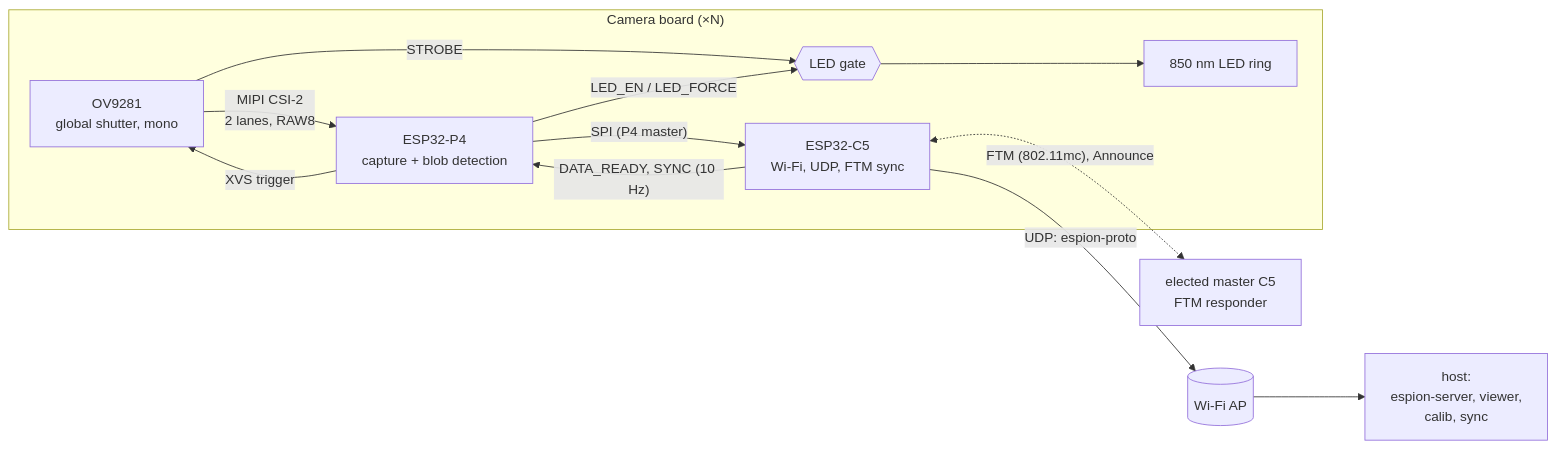
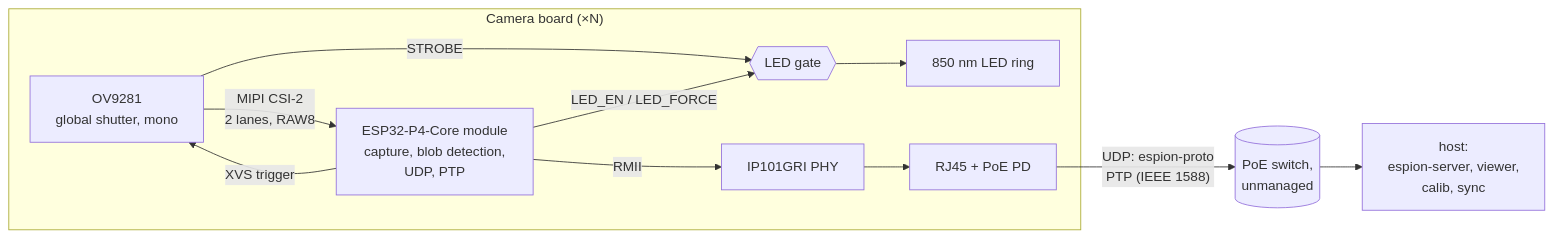
Before and after one commit to azais-corentin/espion: the first of 2 diagrams in docs/architecture.md, drawn with Mermaid. The commit also changed other lines of this file and 50 other files, not shown here.

First line of the commit message:
feat: Replaced the ESP32-C5 with Ethernet on a Waveshare ESP32-P4-Core

````diff
--- a/docs/architecture.md
+++ b/docs/architecture.md
@@ -8,15 +8,14 @@
 ```mermaid
 flowchart LR
   subgraph board["Camera board (×N)"]
-    S[OV9281<br/>global shutter, mono] -- "MIPI CSI-2<br/>2 lanes, RAW8" --> P4[ESP32-P4<br/>capture + blob detection]
+    S[OV9281<br/>global shutter, mono] -- "MIPI CSI-2<br/>2 lanes, RAW8" --> P4[ESP32-P4-Core module<br/>capture, blob detection,<br/>UDP, PTP]
     P4 -- "XVS trigger" --> S
     S -- STROBE --> G{{LED gate}}
     P4 -- "LED_EN / LED_FORCE" --> G
     G --> L[850 nm LED ring]
-    P4 -- "SPI (P4 master)" --> C5[ESP32-C5<br/>Wi-Fi, UDP, FTM sync]
-    C5 -- "DATA_READY, SYNC (10 Hz)" --> P4
+    P4 -- RMII --> PHY[IP101GRI PHY]
+    PHY --> J[RJ45 + PoE PD]
   end
-  C5 -- "UDP: espion-proto" --> AP[(Wi-Fi AP)]
-  C5 <-. "FTM (802.11mc), Announce" .-> M[elected master C5<br/>FTM responder]
-  AP --> H[host:<br/>espion-server, viewer,<br/>calib, sync]
+  J -- "UDP: espion-proto<br/>PTP (IEEE 1588)" --> SW[(PoE switch,<br/>unmanaged)]
+  SW --> H[host:<br/>espion-server, viewer,<br/>calib, sync]
 ```
````
